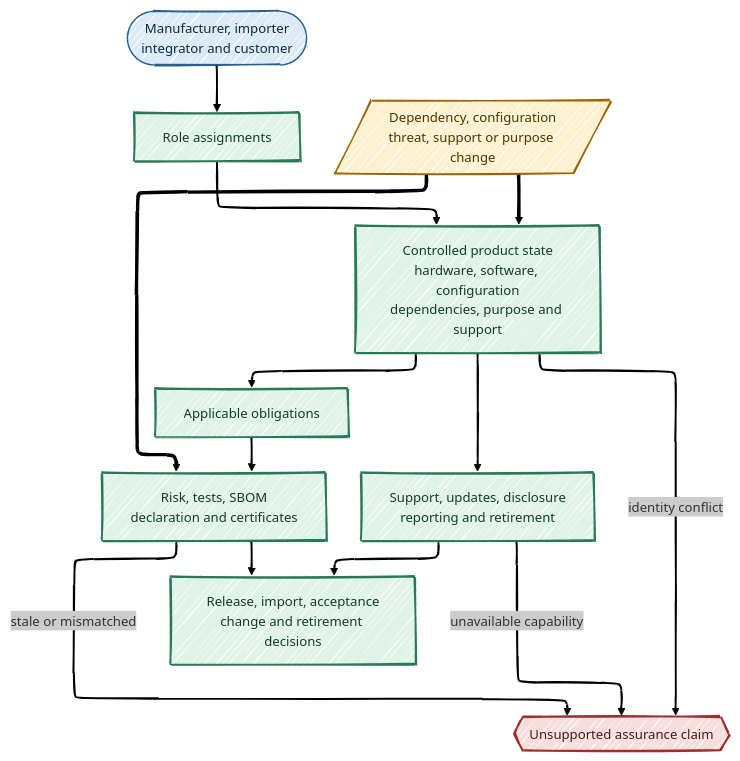
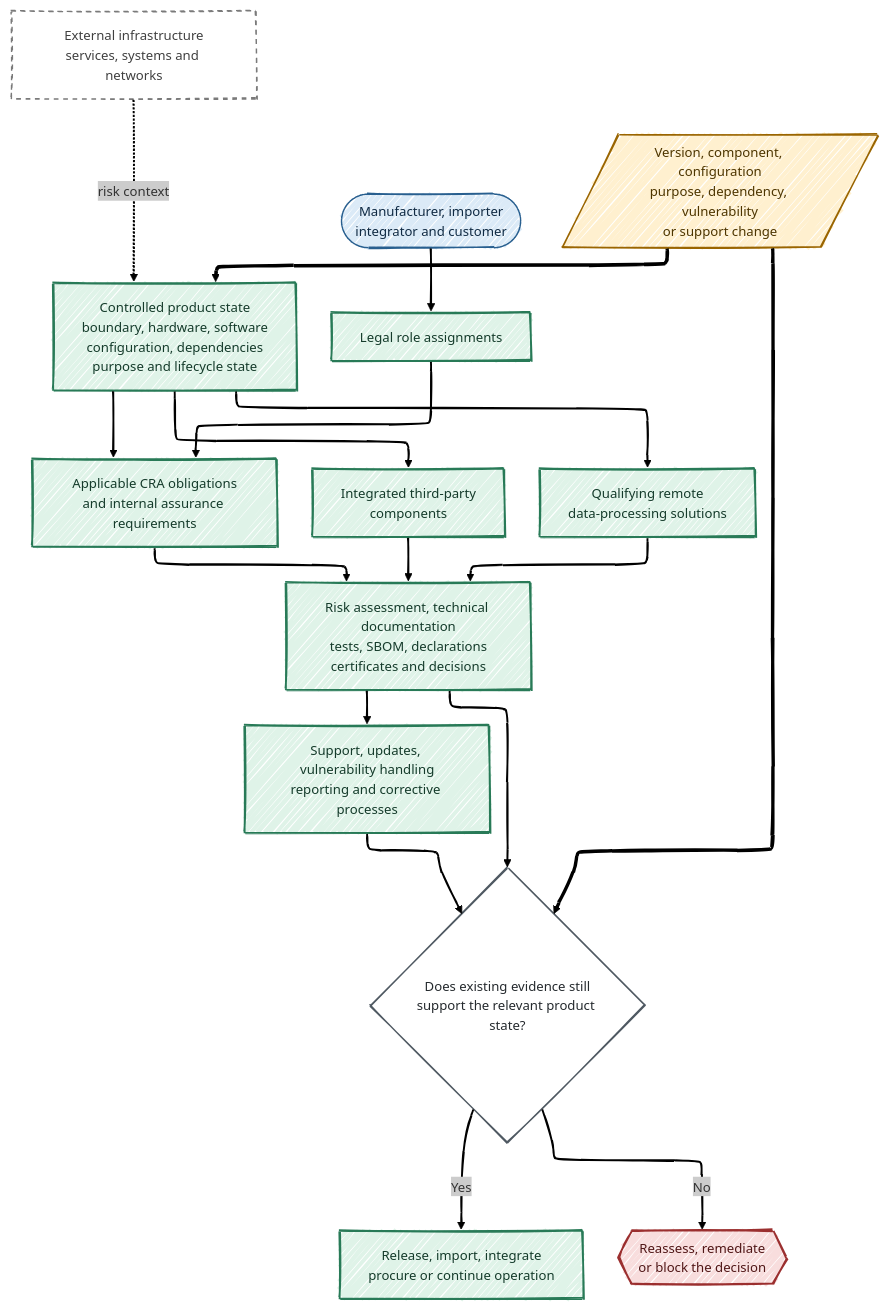
Before and after one commit to antomon/antomon.github.io: diagram 13 of 18 in longforms/cyber-resilience-act-the-new-product-security-baseline/index.qmd, drawn with Mermaid. The commit also changed other lines of this file and 54 other files, not shown here.

````diff
--- a/longforms/cyber-resilience-act-the-new-product-security-baseline/index.qmd
+++ b/longforms/cyber-resilience-act-the-new-product-security-baseline/index.qmd
@@ -1024,35 +2537,54 @@
 ```{mermaid}
 %%| label: fig-cyber-resilience-act-the-new-product-security-baseline-assurance-data-model
-%%| fig-cap: "A controlled product state links legal roles, obligations, evidence, dependencies, lifecycle capabilities, and decisions."
-%%| fig-alt: "A central green controlled product state contains hardware, software, configuration, dependencies, intended purpose, and support status. It connects to blue legal entities, green obligation and evidence records, a dependency graph, support and reporting capabilities, and controlled decisions. Amber change events update the state. Unresolved identity or evidence mismatches lead to a red blocked-assurance node."
+%%| fig-cap: "The internal assurance model connects a controlled product state to legal roles, requirements, integrated components, external risks, evidence, lifecycle processes, and change decisions."
+%%| fig-alt: "A central controlled product state contains product boundary, hardware, software, security configuration, dependencies, intended purpose, and lifecycle state. Legal roles determine applicable CRA obligations. Integrated third-party components and qualifying remote data-processing solutions form part of the product analysis, while external infrastructure and systems contribute risk without necessarily becoming part of the product. Risk assessments, technical documentation, tests, declarations and certificates support an assurance decision. Product, dependency, vulnerability or support changes trigger review of whether the existing evidence still applies."
 %%| fig-align: center
 %%{init: {"theme": "neo", "look": "handDrawn", "layout": "elk"}}%%
 flowchart TD
-    STATE[Controlled product state<br/>hardware, software, configuration<br/>dependencies, purpose and support]:::product
+    STATE[Controlled product state<br/>boundary, hardware, software<br/>configuration, dependencies<br/>purpose and lifecycle state]:::product
+
     ACTORS([Manufacturer, importer<br/>integrator and customer]):::entity
-    ROLES[Role assignments]:::product
-    DUTIES[Applicable obligations]:::product
-    EVIDENCE[Risk, tests, SBOM<br/>declaration and certificates]:::product
-    LIFE[Support, updates, disclosure<br/>reporting and retirement]:::product
-    DECISION[Release, import, acceptance<br/>change and retirement decisions]:::product
-    EVENT[/Dependency, configuration<br/>threat, support or purpose change/]:::overlay
-    FAILURE{{Unsupported assurance claim}}:::enforcement
+    ROLES[Legal role assignments]:::product
+    DUTIES[Applicable CRA obligations<br/>and internal assurance requirements]:::product
+
+    COMPONENT[Integrated third-party<br/>components]:::product
+    RDPS[Qualifying remote<br/>data-processing solutions]:::product
+    EXTERNAL[External infrastructure<br/>services, systems and networks]:::context
+
+    EVIDENCE[Risk assessment, technical documentation<br/>tests, SBOM, declarations<br/>certificates and decisions]:::product
+    LIFE[Support, updates, vulnerability handling<br/>reporting and corrective processes]:::product
+
+    EVENT[/Version, component, configuration<br/>purpose, dependency, vulnerability<br/>or support change/]:::overlay
+    REVIEW{Does existing evidence still<br/>support the relevant product state?}:::test
+
+    ACCEPT[Release, import, integrate<br/>procure or continue operation]:::product
+    BLOCK{{Reassess, remediate<br/>or block the decision}}:::enforcement
 
     ACTORS --> ROLES
-    ROLES --> STATE
+    ROLES --> DUTIES
     STATE --> DUTIES
+
+    STATE --> COMPONENT
+    STATE --> RDPS
+    EXTERNAL -. risk context .-> STATE
+
     DUTIES --> EVIDENCE
-    STATE --> LIFE
-    EVIDENCE --> DECISION
-    LIFE --> DECISION
+    COMPONENT --> EVIDENCE
+    RDPS --> EVIDENCE
+    EVIDENCE --> LIFE
+
     EVENT ==> STATE
-    EVENT ==> EVIDENCE
-    STATE -- identity conflict --> FAILURE
-    EVIDENCE -- stale or mismatched --> FAILURE
-    LIFE -- unavailable capability --> FAILURE
+    EVENT ==> REVIEW
+    EVIDENCE --> REVIEW
+    LIFE --> REVIEW
+
+    REVIEW -- Yes --> ACCEPT
+    REVIEW -- No --> BLOCK
 
     classDef entity fill:#dbeaf7,stroke:#285f8f,stroke-width:1.5px,color:#102a43;
     classDef product fill:#dff3e8,stroke:#287a57,stroke-width:2px,color:#153b2b;
     classDef overlay fill:#fff0cf,stroke:#9a6500,stroke-width:1.5px,color:#4d3500;
     classDef enforcement fill:#f8dddd,stroke:#9b2f2f,stroke-width:2px,color:#501717;
+    classDef test fill:#ffffff,stroke:#4f5962,stroke-width:1.5px,color:#252a2e;
+    classDef context fill:#ffffff,stroke:#7a7a7a,stroke-width:1.5px,stroke-dasharray:5 5,color:#404040;
 ```
````
